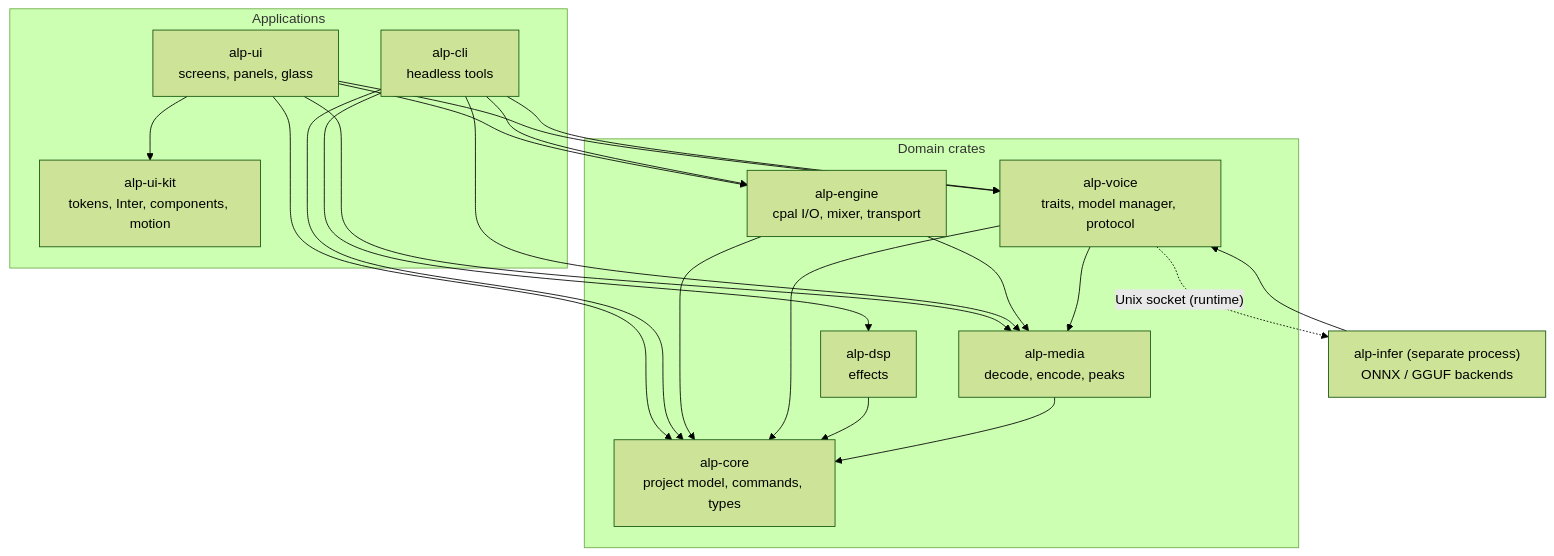
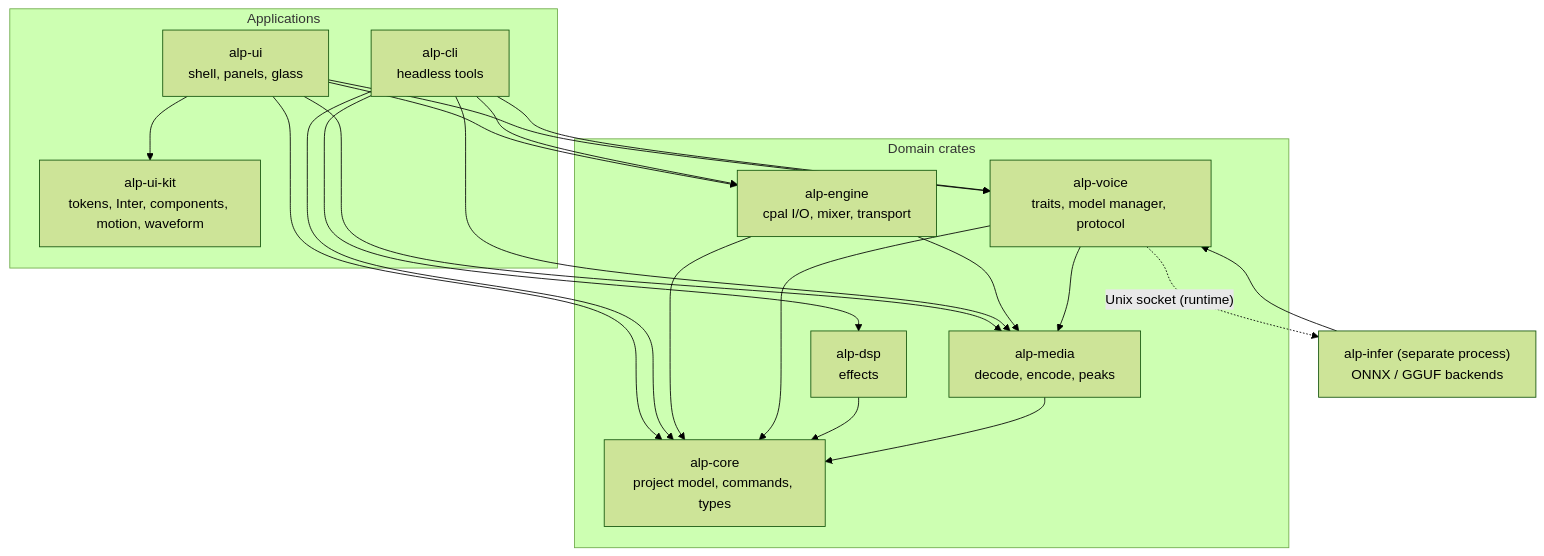
One commit to zvirox/audio-labs-pro changed the diagram in docs/architecture/ARCHITECTURE.md. Above: the diagram before and after it, drawn with Mermaid (forest theme). The commit also changed other lines of this file and 51 other files, not shown here.

First line of the commit message:
feat: complete phase 2 glass shell and component kit

````diff
--- a/docs/architecture/ARCHITECTURE.md
+++ b/docs/architecture/ARCHITECTURE.md
@@ -25,35 +24,35 @@
 ```mermaid
 flowchart TD
   subgraph APP["Applications"]
-    UI["alp-ui<br/>screens, panels, glass"]
+    UI["alp-ui<br/>shell, panels, glass"]
     CLI["alp-cli<br/>headless tools"]
-    KIT["alp-ui-kit<br/>tokens, Inter, components, motion"]
+    KIT["alp-ui-kit<br/>tokens, Inter, components, motion, waveform"]
   end
   subgraph DOMAIN["Domain crates"]
     ENG["alp-engine<br/>cpal I/O, mixer, transport"]
     VOICE["alp-voice<br/>traits, model manager, protocol"]
     DSP["alp-dsp<br/>effects"]
     MEDIA["alp-media<br/>decode, encode, peaks"]
     CORE["alp-core<br/>project model, commands, types"]
   end
   INFER["alp-infer (separate process)<br/>ONNX / GGUF backends"]
 
   UI --> KIT
   UI --> ENG
   UI --> VOICE
   UI --> MEDIA
   UI --> CORE
   CLI --> ENG
   CLI --> VOICE
   CLI --> DSP
   CLI --> MEDIA
   CLI --> CORE
   ENG --> MEDIA
   ENG --> CORE
   VOICE --> MEDIA
   VOICE --> CORE
   DSP --> CORE
   MEDIA --> CORE
   INFER --> VOICE
   VOICE -. "Unix socket (runtime)" .-> INFER
 ```
````
